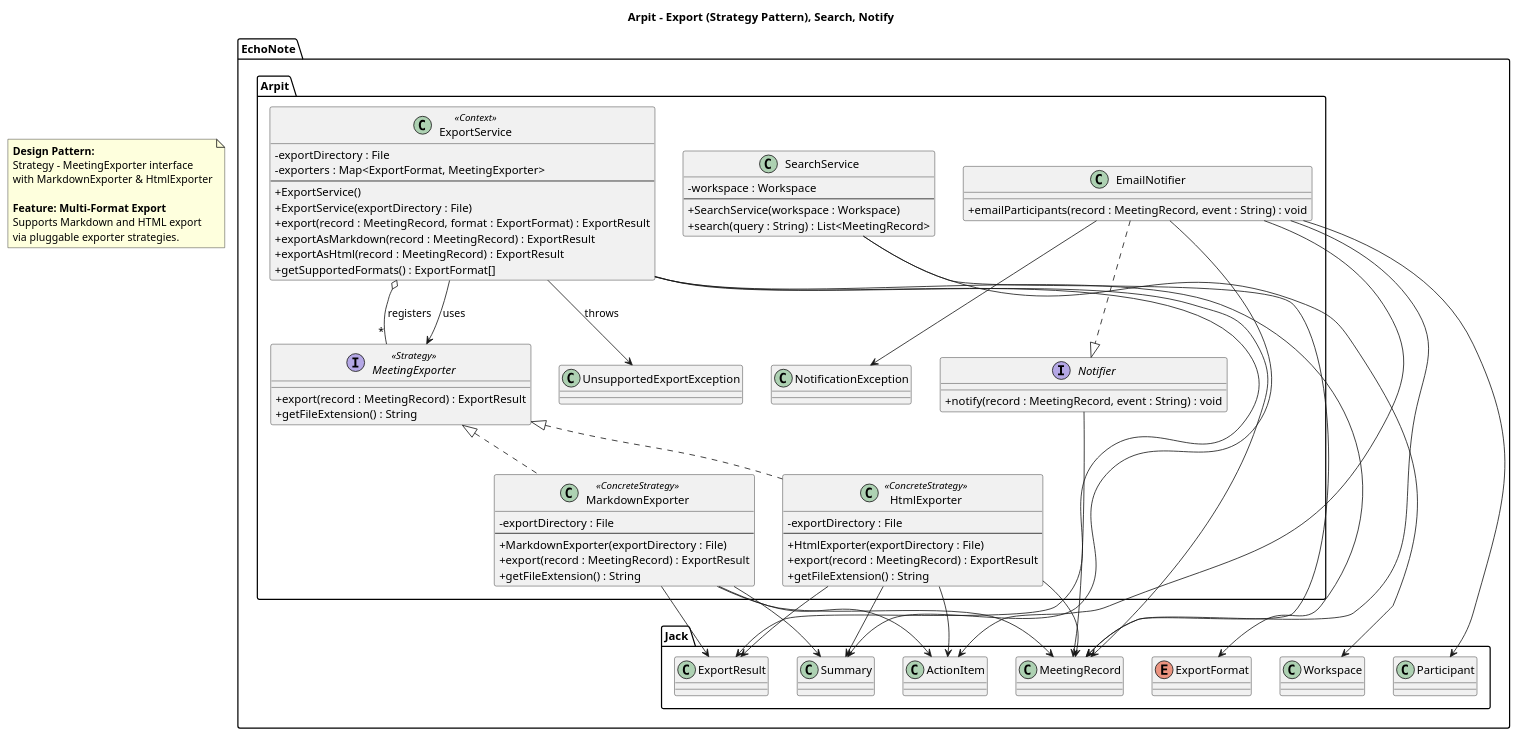
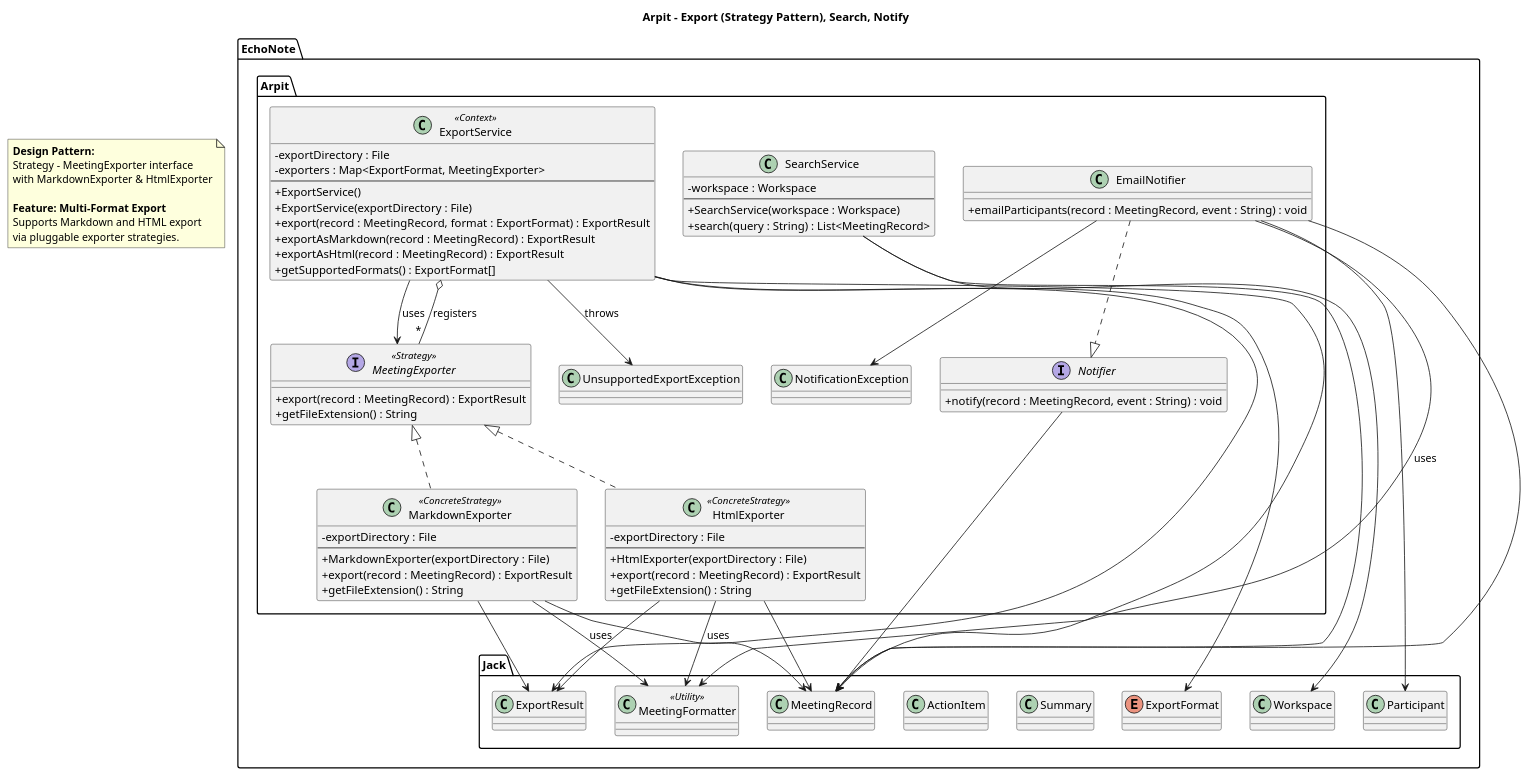
Before and after one commit to jrmorris29/CS-5800.01-Final-Startup-Submission: the diagram in src/main/resources/uml/Arpit (Export, Search, Notify).puml, drawn with PlantUML. The commit also changed 31 other files, not shown here.

```diff
--- a/src/main/resources/uml/Arpit (Export, Search, Notify).puml
+++ b/src/main/resources/uml/Arpit (Export, Search, Notify).puml
@@ -1,116 +1,114 @@
 @startuml
 title Arpit - Export (Strategy Pattern), Search, Notify
 
 skinparam classAttributeIconSize 0
 
 note as N1
   **Design Pattern:**
   Strategy - MeetingExporter interface
   with MarkdownExporter & HtmlExporter
 
   **Feature: Multi-Format Export**
   Supports Markdown and HTML export
   via pluggable exporter strategies.
 end note
 
 package "EchoNote.Jack" {
     class MeetingRecord
     class Workspace
     class Participant
     class Summary
     class ActionItem
     class ExportResult
+    class MeetingFormatter <<Utility>>
     enum ExportFormat
 }
 
 package "EchoNote.Arpit" {
 
     ' Strategy Pattern for Export
     interface MeetingExporter <<Strategy>> {
         + export(record : MeetingRecord) : ExportResult
         + getFileExtension() : String
     }
 
     class MarkdownExporter <<ConcreteStrategy>> {
         - exportDirectory : File
         --
         + MarkdownExporter(exportDirectory : File)
         + export(record : MeetingRecord) : ExportResult
         + getFileExtension() : String
     }
 
     class HtmlExporter <<ConcreteStrategy>> {
         - exportDirectory : File
         --
         + HtmlExporter(exportDirectory : File)
         + export(record : MeetingRecord) : ExportResult
         + getFileExtension() : String
     }
 
     class ExportService <<Context>> {
         - exportDirectory : File
         - exporters : Map<ExportFormat, MeetingExporter>
         --
         + ExportService()
         + ExportService(exportDirectory : File)
         + export(record : MeetingRecord, format : ExportFormat) : ExportResult
         + exportAsMarkdown(record : MeetingRecord) : ExportResult
         + exportAsHtml(record : MeetingRecord) : ExportResult
         + getSupportedFormats() : ExportFormat[]
     }
 
     class SearchService {
         - workspace : Workspace
         --
         + SearchService(workspace : Workspace)
         + search(query : String) : List<MeetingRecord>
     }
 
     interface Notifier {
         + notify(record : MeetingRecord, event : String) : void
     }
 
     class EmailNotifier {
         + emailParticipants(record : MeetingRecord, event : String) : void
     }
 
     class NotificationException
     class UnsupportedExportException
 }
 
 ' Strategy Pattern relationships
 MeetingExporter <|.. MarkdownExporter
 MeetingExporter <|.. HtmlExporter
 ExportService --> MeetingExporter : uses
 ExportService o-- "*" MeetingExporter : registers
 
 ' Export dependencies
 ExportService --> ExportFormat
 ExportService --> MeetingRecord
 ExportService --> ExportResult
 ExportService --> UnsupportedExportException : throws
 
 MarkdownExporter --> MeetingRecord
 MarkdownExporter --> ExportResult
-MarkdownExporter --> Summary
-MarkdownExporter --> ActionItem
+MarkdownExporter --> MeetingFormatter : uses
 
 HtmlExporter --> MeetingRecord
 HtmlExporter --> ExportResult
-HtmlExporter --> Summary
-HtmlExporter --> ActionItem
+HtmlExporter --> MeetingFormatter : uses
 
 ' Search dependencies
 SearchService --> Workspace
 SearchService --> MeetingRecord
 
 ' Notification dependencies
 Notifier --> MeetingRecord
 EmailNotifier ..|> Notifier
 EmailNotifier --> MeetingRecord
 EmailNotifier --> Participant
-EmailNotifier --> Summary
-EmailNotifier --> ActionItem
+EmailNotifier --> MeetingFormatter : uses
 EmailNotifier --> NotificationException
 
 @enduml
```
